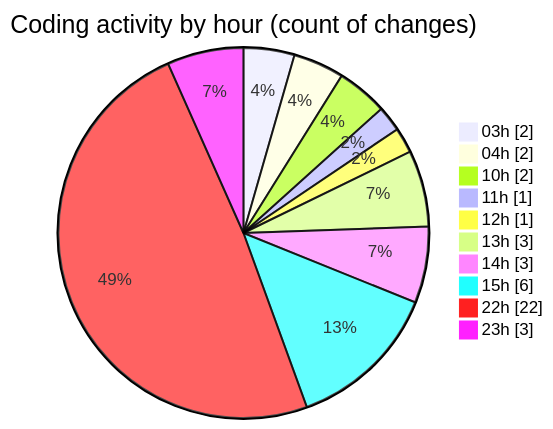
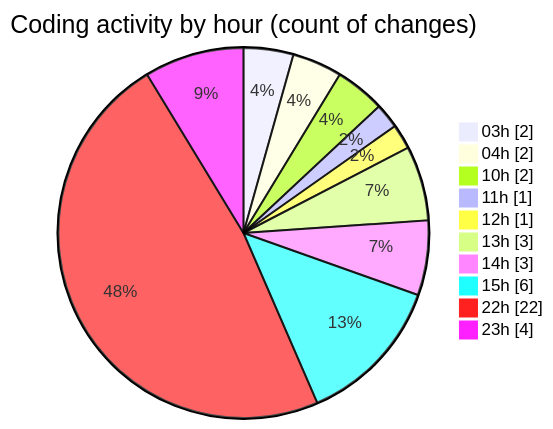
Before and after one commit to julien-gomy/code-tracking: the second of 2 diagrams in 2025-11-27/cdp_aleoudev_fr__workspace_/README.md, drawn with Mermaid. The commit also changed other lines of this file and 1 other file, not shown here.

````diff
--- a/2025-11-27/cdp_aleoudev_fr__workspace_/README.md
+++ b/2025-11-27/cdp_aleoudev_fr__workspace_/README.md
@@ -53,14 +53,14 @@
 ```mermaid
 pie showData
 title Coding activity by hour (count of changes)
 "03h" : 2
 "04h" : 2
 "10h" : 2
 "11h" : 1
 "12h" : 1
 "13h" : 3
 "14h" : 3
 "15h" : 6
 "22h" : 22
-"23h" : 3
+"23h" : 4
 ```
````
